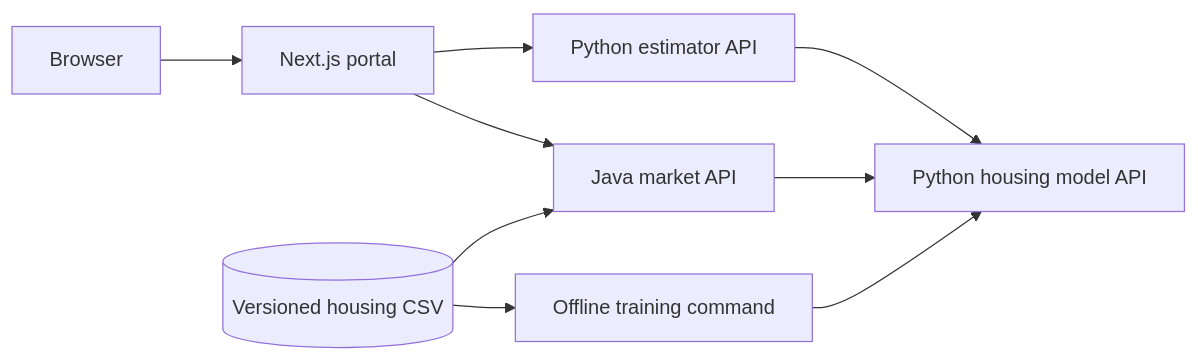
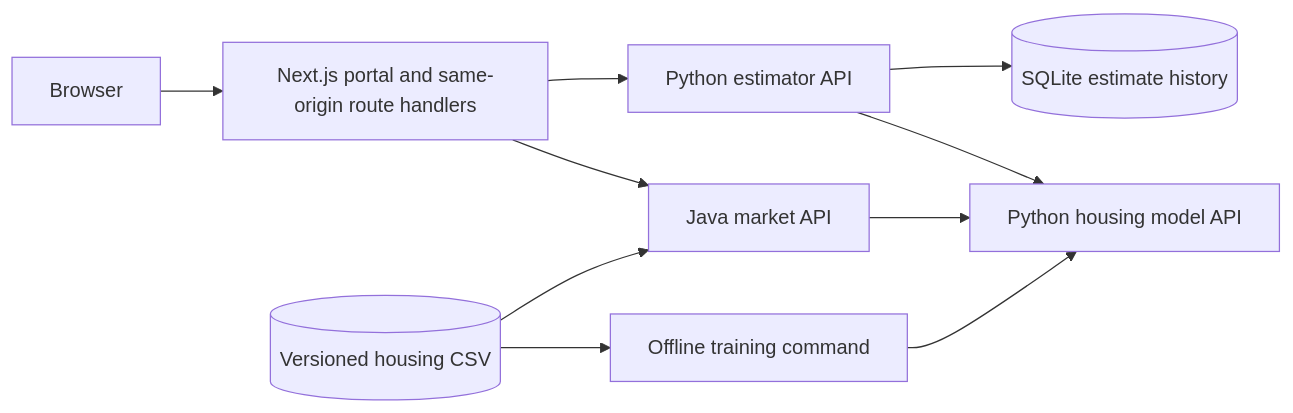
Before and after one commit to adam0x01/housing-analytics-portal: the diagram in docs/architecture-overview.md, drawn with Mermaid. The commit also changed other lines of this file and 77 other files, not shown here.

Commit message:
feat(web): deliver themed analytics portal and full-stack orchestration

````diff
--- a/docs/architecture-overview.md
+++ b/docs/architecture-overview.md
@@ -5,11 +5,12 @@
 ```mermaid
 flowchart LR
-    Browser[Browser] --> Web[Next.js portal]
+    Browser[Browser] --> Web[Next.js portal and same-origin route handlers]
     Web --> Estimator[Python estimator API]
     Web --> Market[Java market API]
     Estimator --> Model[Python housing model API]
+    Estimator --> History[(SQLite estimate history)]
     Market --> Model
     Training[Offline training command] --> Model
     Data[(Versioned housing CSV)] --> Training
     Data --> Market
 ```
````
